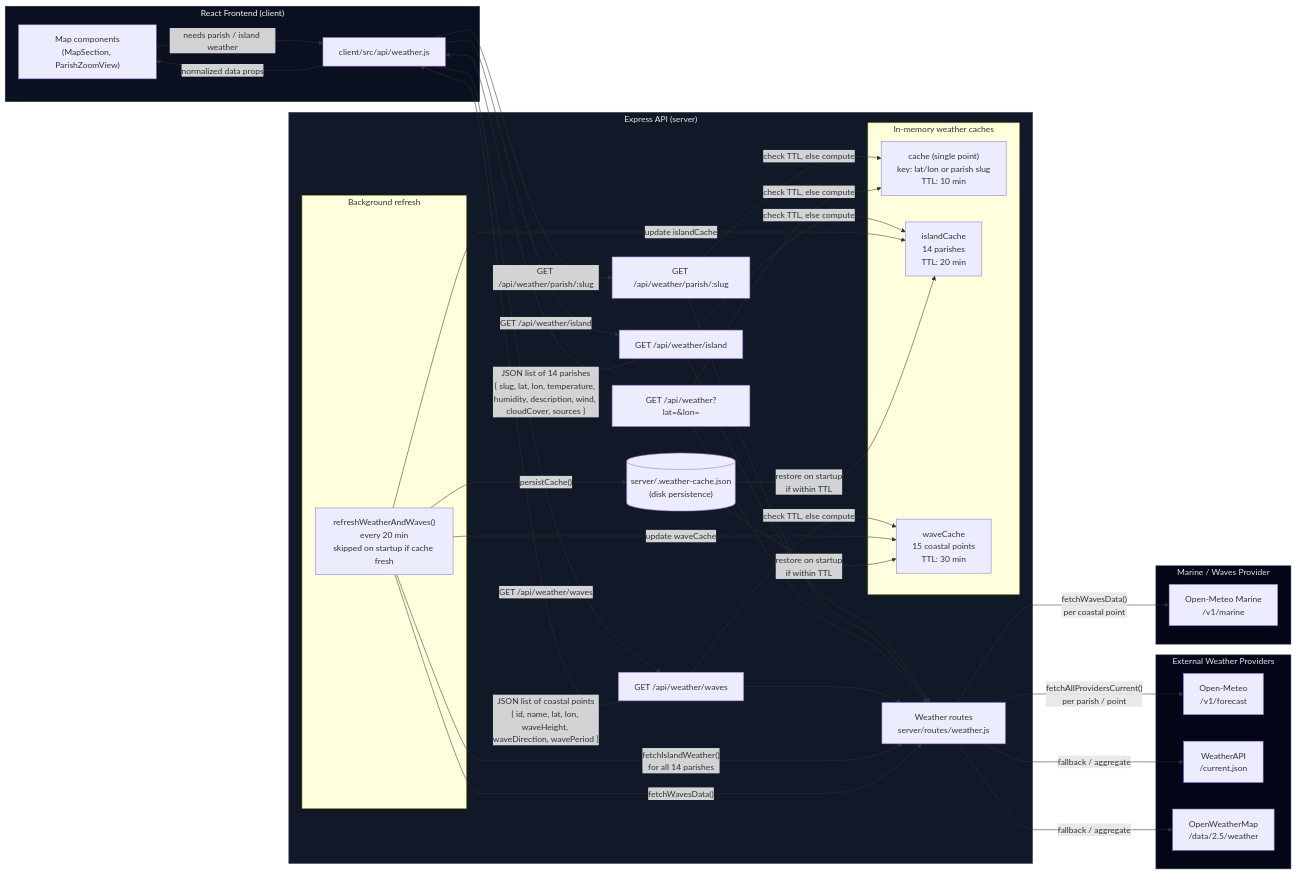
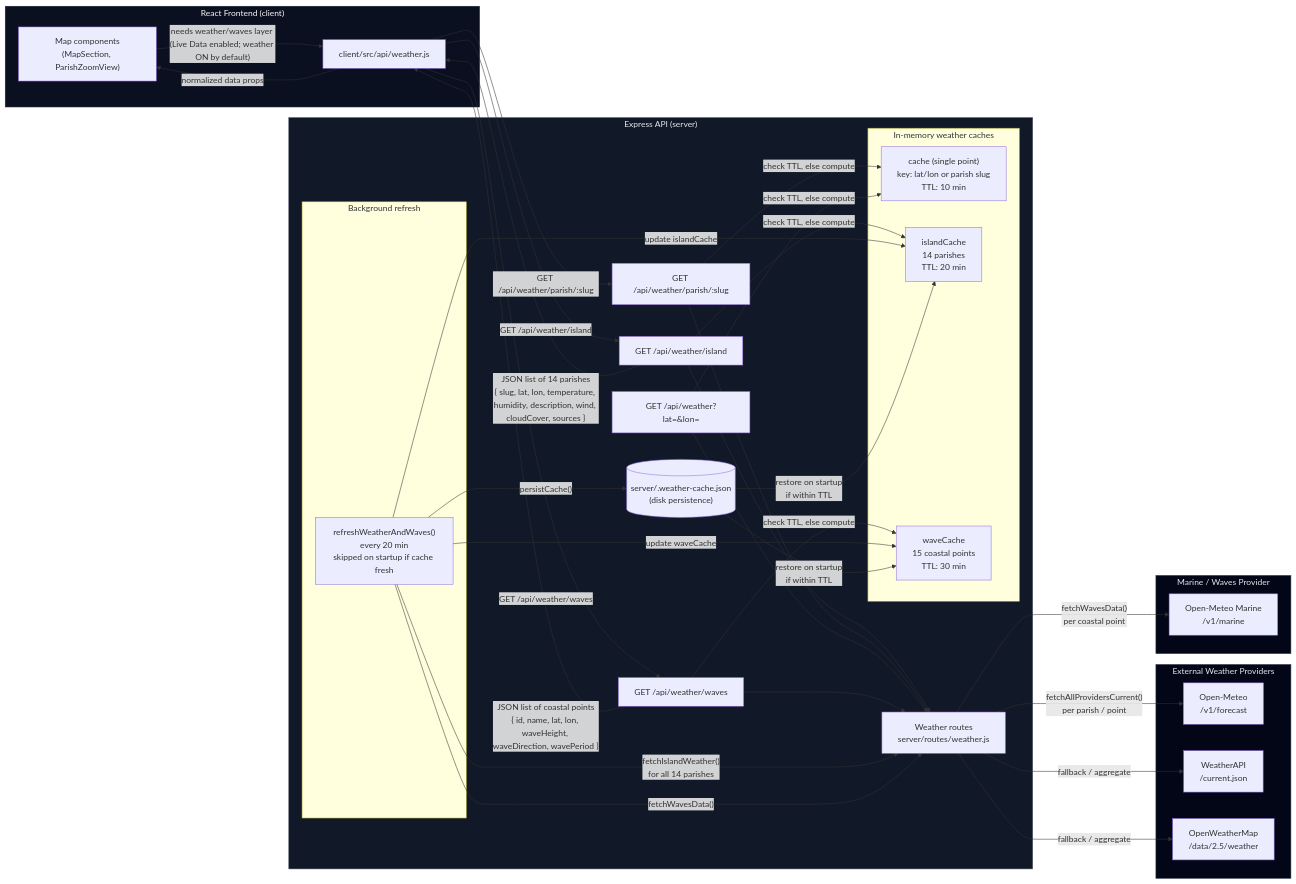
The diagram in docs/WEATHER-WAVES-DIAGRAM.md (becomeonewiththecode/jamaica-parish-explorer), drawn with Mermaid before and after one commit. The commit also changed 7 other files, not shown here.

First line of the commit message:
Set live flights off by default

```diff
--- a/docs/WEATHER-WAVES-DIAGRAM.md
+++ b/docs/WEATHER-WAVES-DIAGRAM.md
@@ -43,7 +43,7 @@
   end
 
   %% Frontend calls backend
-  Map -->|"needs parish / island weather"| WeatherApiClient
+  Map -->|"needs weather/waves layer (Live Data enabled; weather ON by default)"| WeatherApiClient
   WeatherApiClient -->|"GET /api/weather/island"| IslandEndpoint
   WeatherApiClient -->|"GET /api/weather/parish/:slug"| ParishEndpoint
   WeatherApiClient -->|"GET /api/weather/waves"| WavesEndpoint
```
